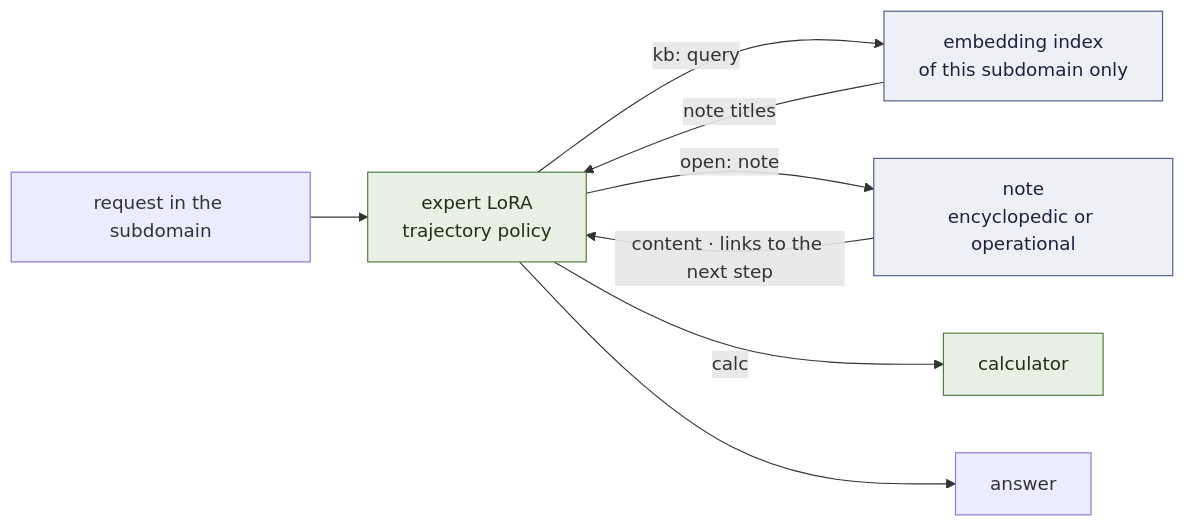
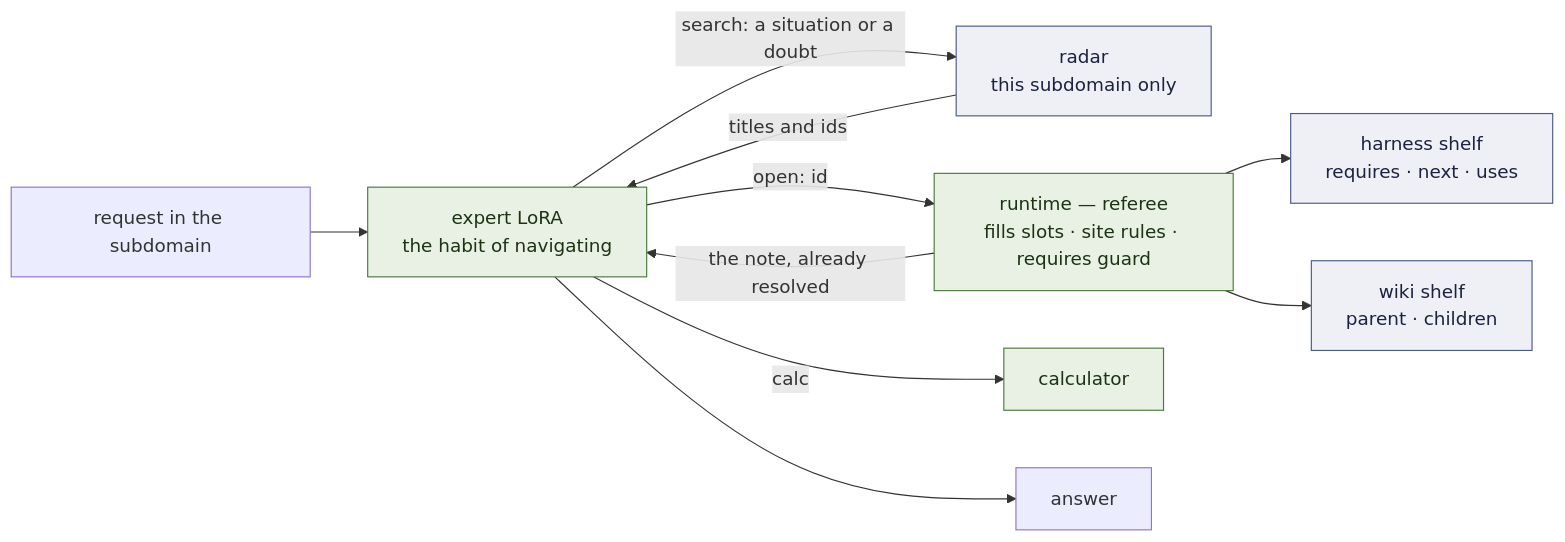
One commit to EvolvingAgentsLabs/lora-kernel changed the third of 3 diagrams in docs/ARCHITECTURE.md. Above: the diagram before and after it, drawn with Mermaid. The commit also changed other lines of this file and 32 other files, not shown here.

````diff
--- a/docs/ARCHITECTURE.md
+++ b/docs/ARCHITECTURE.md
@@ -139,14 +140,16 @@
 ```mermaid
 flowchart LR
-    Q["request in the subdomain"] --> E["expert LoRA<br>trajectory policy"]
-    E -- "kb: query" --> I["embedding index<br>of this subdomain only"]
-    I -- "note titles" --> E
-    E -- "open: note" --> N["note<br>encyclopedic or operational"]
-    N -- "content · links to the next step" --> E
+    Q["request in the subdomain"] --> E["expert LoRA<br>the habit of navigating"]
+    E -- "search: a situation or a doubt" --> I["radar<br>this subdomain only"]
+    I -- "titles and ids" --> E
+    E -- "open: id" --> RT["runtime — referee<br>fills slots · site rules · requires guard"]
+    RT --> H["harness shelf<br>requires · next · uses"]
+    RT --> K["wiki shelf<br>parent · children"]
+    RT -- "the note, already resolved" --> E
     E -- "calc" --> C["calculator"]
     E --> A["answer"]
     classDef local fill:#e8f1e4,stroke:#4a7a3a,color:#1d3314
     classDef art fill:#eef0f6,stroke:#4a5a8a,color:#1d2240
-    class E,C local
-    class I,N art
+    class E,RT,C local
+    class I,H,K art
 ```
````
